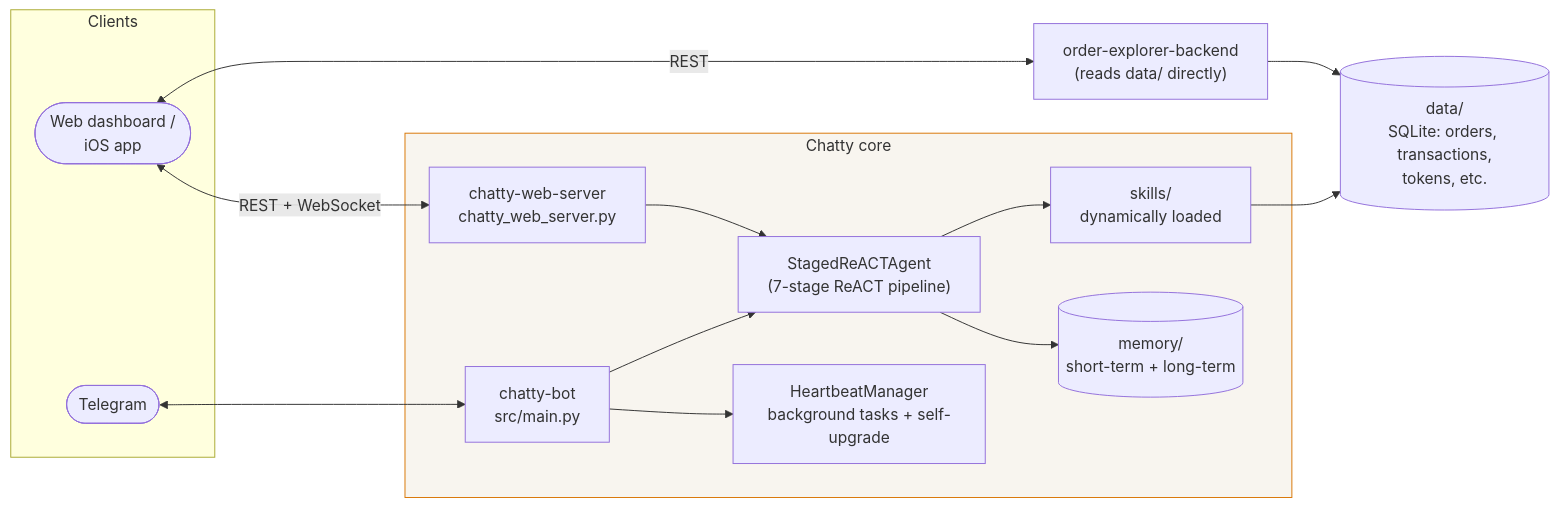
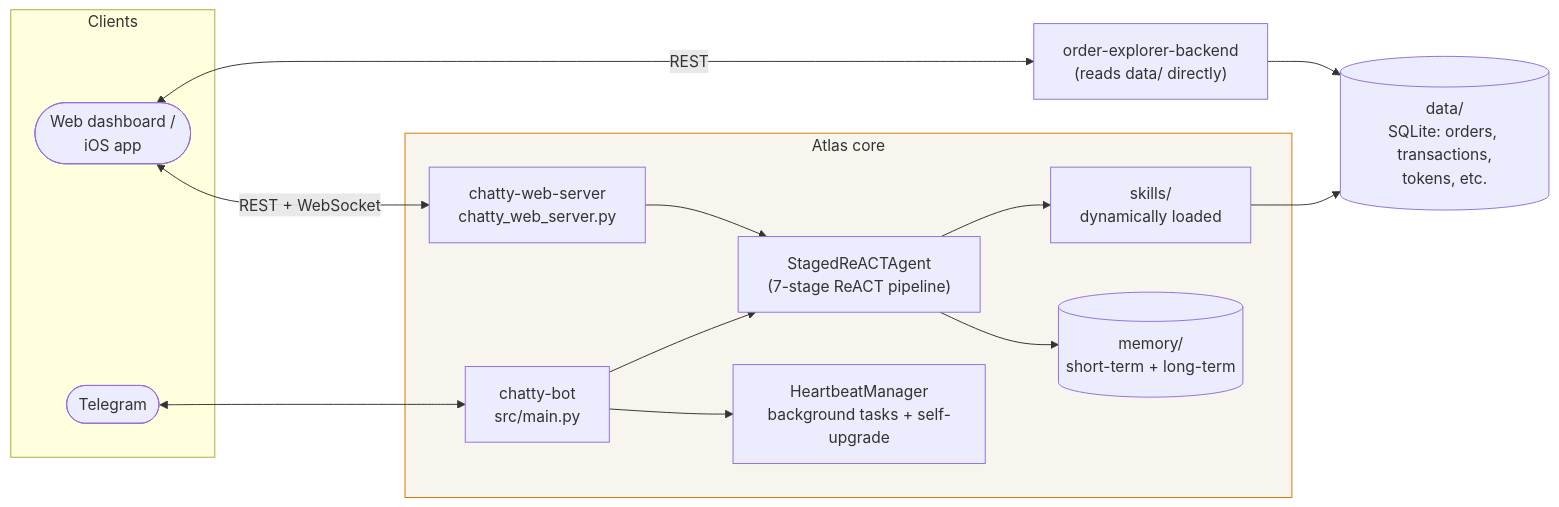
Before and after one commit to fuadmefleh/chatty: the diagram in README.md, drawn with Mermaid. The commit also changed other lines of this file and 64 other files, not shown here.

First line of the commit message:
Rename assistant Chatty -> Atlas (product/UI name only)

````diff
--- a/README.md
+++ b/README.md
@@ -20,31 +20,31 @@
 ```mermaid
 flowchart LR
     subgraph clients [Clients]
         TG([Telegram])
         WEB([Web dashboard /\niOS app])
     end
 
     TG <--> BOT
     WEB <-->|REST + WebSocket| WS
 
-    subgraph core [Chatty core]
+    subgraph core [Atlas core]
         BOT["chatty-bot\nsrc/main.py"]
         WS["chatty-web-server\nchatty_web_server.py"]
         AGENT["StagedReACTAgent\n(7-stage ReACT pipeline)"]
         SKILLS["skills/\ndynamically loaded"]
         MEM[("memory/\nshort-term + long-term")]
         HB["HeartbeatManager\nbackground tasks + self-upgrade"]
     end
 
     BOT --> AGENT
     WS --> AGENT
     AGENT --> SKILLS
     AGENT --> MEM
     BOT --> HB
 
     SKILLS --> DATA[("data/\nSQLite: orders, transactions,\ntokens, etc.")]
     WEB <-->|REST| EXP["order-explorer-backend\n(reads data/ directly)"]
     EXP --> DATA
 
     style core fill:#f8f5ef,stroke:#d97706
 ```
````
